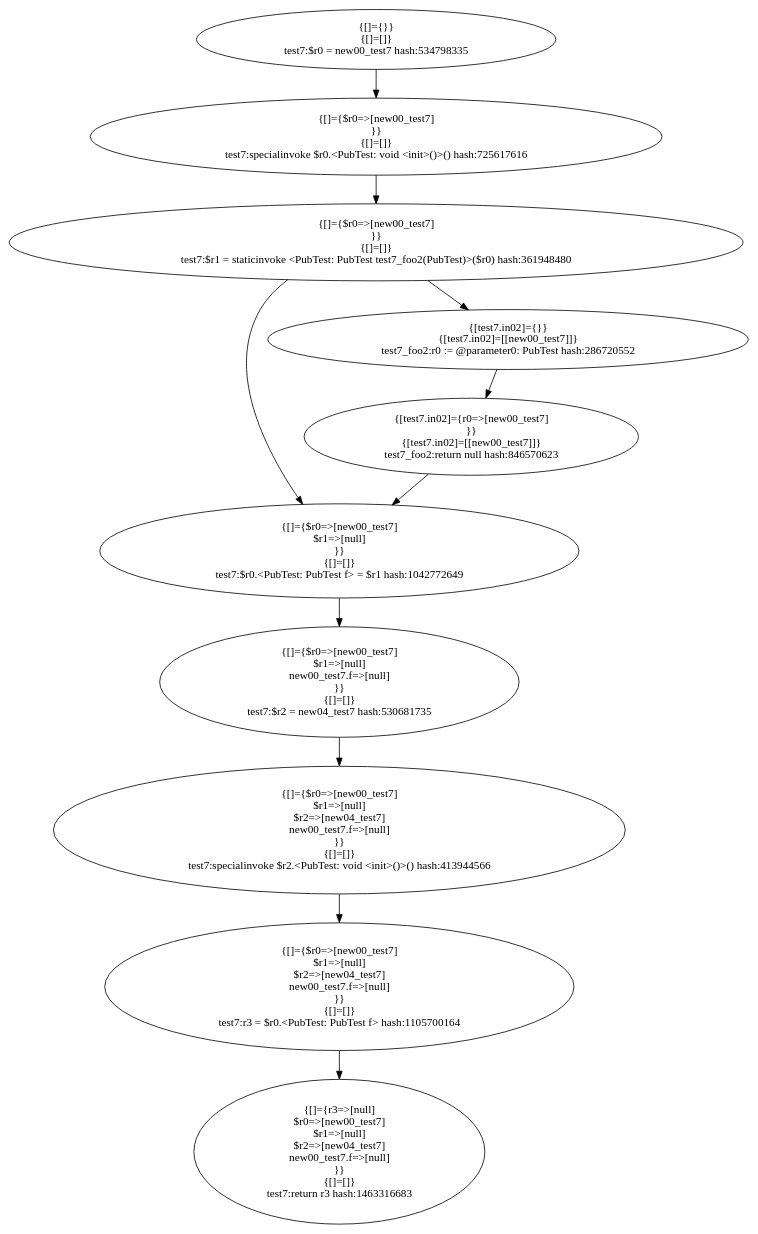
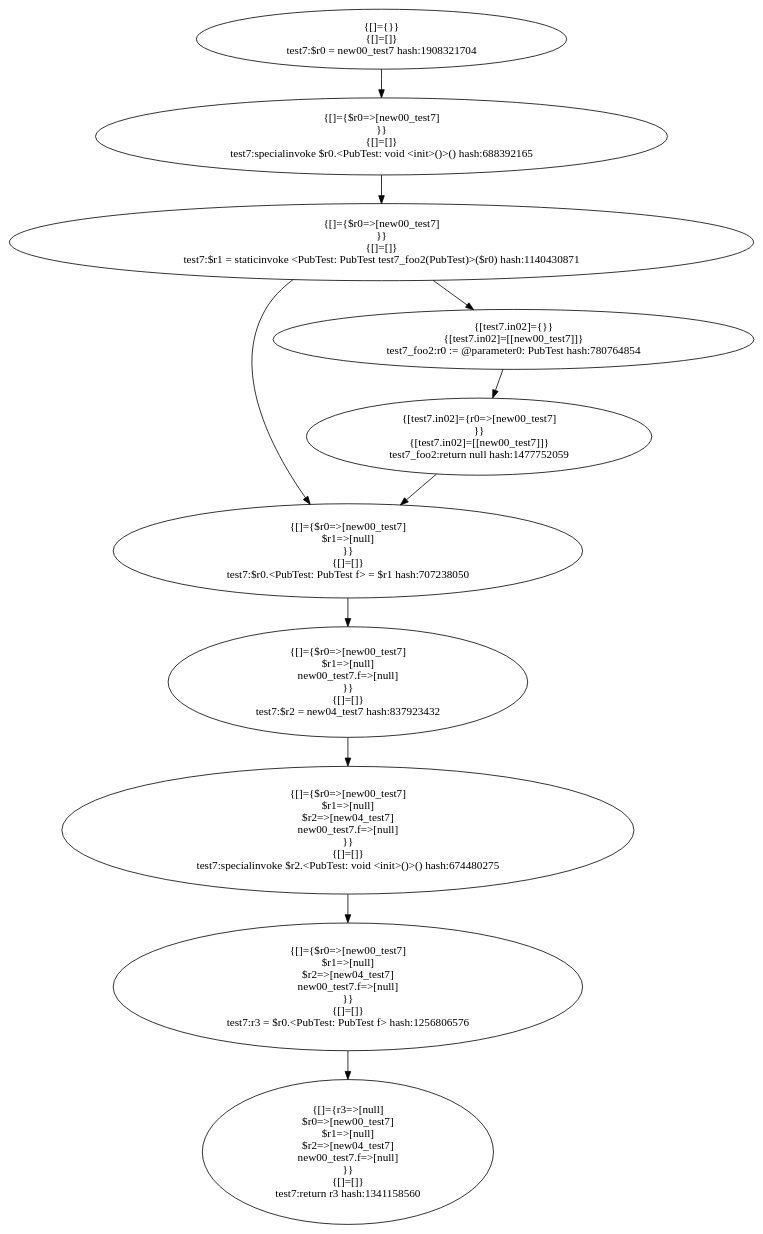
The diagram in target1-pub/PubTest.test7.dot (khushit-shah/PointsToAnalysisJava), drawn with Graphviz before and after one commit. The commit also changed 134 other files, not shown here.

```diff
--- a/target1-pub/PubTest.test7.dot
+++ b/target1-pub/PubTest.test7.dot
@@ -1,143 +1,143 @@
 digraph "./target1-pub/PubTest.test7" {
     "{[]={}}
 {[]=[]}
-test7:$r0 = new00_test7 hash:534798335";
+test7:$r0 = new00_test7 hash:1908321704";
     "{[]={$r0=>[new00_test7]
 }}
 {[]=[]}
-test7:specialinvoke $r0.<PubTest: void <init>()>() hash:725617616";
+test7:specialinvoke $r0.<PubTest: void <init>()>() hash:688392165";
     "{[]={$r0=>[new00_test7]
 }}
 {[]=[]}
-test7:$r1 = staticinvoke <PubTest: PubTest test7_foo2(PubTest)>($r0) hash:361948480";
+test7:$r1 = staticinvoke <PubTest: PubTest test7_foo2(PubTest)>($r0) hash:1140430871";
     "{[]={$r0=>[new00_test7]
 $r1=>[null]
 }}
 {[]=[]}
-test7:$r0.<PubTest: PubTest f> = $r1 hash:1042772649";
+test7:$r0.<PubTest: PubTest f> = $r1 hash:707238050";
     "{[]={$r0=>[new00_test7]
 $r1=>[null]
 new00_test7.f=>[null]
 }}
 {[]=[]}
-test7:$r2 = new04_test7 hash:530681735";
+test7:$r2 = new04_test7 hash:837923432";
     "{[]={$r0=>[new00_test7]
 $r1=>[null]
 $r2=>[new04_test7]
 new00_test7.f=>[null]
 }}
 {[]=[]}
-test7:specialinvoke $r2.<PubTest: void <init>()>() hash:413944566";
+test7:specialinvoke $r2.<PubTest: void <init>()>() hash:674480275";
     "{[]={$r0=>[new00_test7]
 $r1=>[null]
 $r2=>[new04_test7]
 new00_test7.f=>[null]
 }}
 {[]=[]}
-test7:r3 = $r0.<PubTest: PubTest f> hash:1105700164";
+test7:r3 = $r0.<PubTest: PubTest f> hash:1256806576";
     "{[]={r3=>[null]
 $r0=>[new00_test7]
 $r1=>[null]
 $r2=>[new04_test7]
 new00_test7.f=>[null]
 }}
 {[]=[]}
-test7:return r3 hash:1463316683";
+test7:return r3 hash:1341158560";
     "{[test7.in02]={}}
 {[test7.in02]=[[new00_test7]]}
-test7_foo2:r0 := @parameter0: PubTest hash:286720552";
+test7_foo2:r0 := @parameter0: PubTest hash:780764854";
     "{[test7.in02]={r0=>[new00_test7]
 }}
 {[test7.in02]=[[new00_test7]]}
-test7_foo2:return null hash:846570623";
+test7_foo2:return null hash:1477752059";
     "{[]={}}
 {[]=[]}
-test7:$r0 = new00_test7 hash:534798335"->"{[]={$r0=>[new00_test7]
+test7:$r0 = new00_test7 hash:1908321704"->"{[]={$r0=>[new00_test7]
 }}
 {[]=[]}
-test7:specialinvoke $r0.<PubTest: void <init>()>() hash:725617616";
+test7:specialinvoke $r0.<PubTest: void <init>()>() hash:688392165";
     "{[]={$r0=>[new00_test7]
 }}
 {[]=[]}
-test7:specialinvoke $r0.<PubTest: void <init>()>() hash:725617616"->"{[]={$r0=>[new00_test7]
+test7:specialinvoke $r0.<PubTest: void <init>()>() hash:688392165"->"{[]={$r0=>[new00_test7]
 }}
 {[]=[]}
-test7:$r1 = staticinvoke <PubTest: PubTest test7_foo2(PubTest)>($r0) hash:361948480";
+test7:$r1 = staticinvoke <PubTest: PubTest test7_foo2(PubTest)>($r0) hash:1140430871";
     "{[]={$r0=>[new00_test7]
 }}
 {[]=[]}
-test7:$r1 = staticinvoke <PubTest: PubTest test7_foo2(PubTest)>($r0) hash:361948480"->"{[test7.in02]={}}
+test7:$r1 = staticinvoke <PubTest: PubTest test7_foo2(PubTest)>($r0) hash:1140430871"->"{[test7.in02]={}}
 {[test7.in02]=[[new00_test7]]}
-test7_foo2:r0 := @parameter0: PubTest hash:286720552";
+test7_foo2:r0 := @parameter0: PubTest hash:780764854";
     "{[]={$r0=>[new00_test7]
 }}
 {[]=[]}
-test7:$r1 = staticinvoke <PubTest: PubTest test7_foo2(PubTest)>($r0) hash:361948480"->"{[]={$r0=>[new00_test7]
+test7:$r1 = staticinvoke <PubTest: PubTest test7_foo2(PubTest)>($r0) hash:1140430871"->"{[]={$r0=>[new00_test7]
 $r1=>[null]
 }}
 {[]=[]}
-test7:$r0.<PubTest: PubTest f> = $r1 hash:1042772649";
+test7:$r0.<PubTest: PubTest f> = $r1 hash:707238050";
     "{[]={$r0=>[new00_test7]
 $r1=>[null]
 }}
 {[]=[]}
-test7:$r0.<PubTest: PubTest f> = $r1 hash:1042772649"->"{[]={$r0=>[new00_test7]
+test7:$r0.<PubTest: PubTest f> = $r1 hash:707238050"->"{[]={$r0=>[new00_test7]
 $r1=>[null]
 new00_test7.f=>[null]
 }}
 {[]=[]}
-test7:$r2 = new04_test7 hash:530681735";
+test7:$r2 = new04_test7 hash:837923432";
     "{[]={$r0=>[new00_test7]
 $r1=>[null]
 new00_test7.f=>[null]
 }}
 {[]=[]}
-test7:$r2 = new04_test7 hash:530681735"->"{[]={$r0=>[new00_test7]
+test7:$r2 = new04_test7 hash:837923432"->"{[]={$r0=>[new00_test7]
 $r1=>[null]
 $r2=>[new04_test7]
 new00_test7.f=>[null]
 }}
 {[]=[]}
-test7:specialinvoke $r2.<PubTest: void <init>()>() hash:413944566";
+test7:specialinvoke $r2.<PubTest: void <init>()>() hash:674480275";
     "{[]={$r0=>[new00_test7]
 $r1=>[null]
 $r2=>[new04_test7]
 new00_test7.f=>[null]
 }}
 {[]=[]}
-test7:specialinvoke $r2.<PubTest: void <init>()>() hash:413944566"->"{[]={$r0=>[new00_test7]
+test7:specialinvoke $r2.<PubTest: void <init>()>() hash:674480275"->"{[]={$r0=>[new00_test7]
 $r1=>[null]
 $r2=>[new04_test7]
 new00_test7.f=>[null]
 }}
 {[]=[]}
-test7:r3 = $r0.<PubTest: PubTest f> hash:1105700164";
+test7:r3 = $r0.<PubTest: PubTest f> hash:1256806576";
     "{[]={$r0=>[new00_test7]
 $r1=>[null]
 $r2=>[new04_test7]
 new00_test7.f=>[null]
 }}
 {[]=[]}
-test7:r3 = $r0.<PubTest: PubTest f> hash:1105700164"->"{[]={r3=>[null]
+test7:r3 = $r0.<PubTest: PubTest f> hash:1256806576"->"{[]={r3=>[null]
 $r0=>[new00_test7]
 $r1=>[null]
 $r2=>[new04_test7]
 new00_test7.f=>[null]
 }}
 {[]=[]}
-test7:return r3 hash:1463316683";
+test7:return r3 hash:1341158560";
     "{[test7.in02]={}}
 {[test7.in02]=[[new00_test7]]}
-test7_foo2:r0 := @parameter0: PubTest hash:286720552"->"{[test7.in02]={r0=>[new00_test7]
+test7_foo2:r0 := @parameter0: PubTest hash:780764854"->"{[test7.in02]={r0=>[new00_test7]
 }}
 {[test7.in02]=[[new00_test7]]}
-test7_foo2:return null hash:846570623";
+test7_foo2:return null hash:1477752059";
     "{[test7.in02]={r0=>[new00_test7]
 }}
 {[test7.in02]=[[new00_test7]]}
-test7_foo2:return null hash:846570623"->"{[]={$r0=>[new00_test7]
+test7_foo2:return null hash:1477752059"->"{[]={$r0=>[new00_test7]
 $r1=>[null]
 }}
 {[]=[]}
-test7:$r0.<PubTest: PubTest f> = $r1 hash:1042772649";
+test7:$r0.<PubTest: PubTest f> = $r1 hash:707238050";
 }
```
